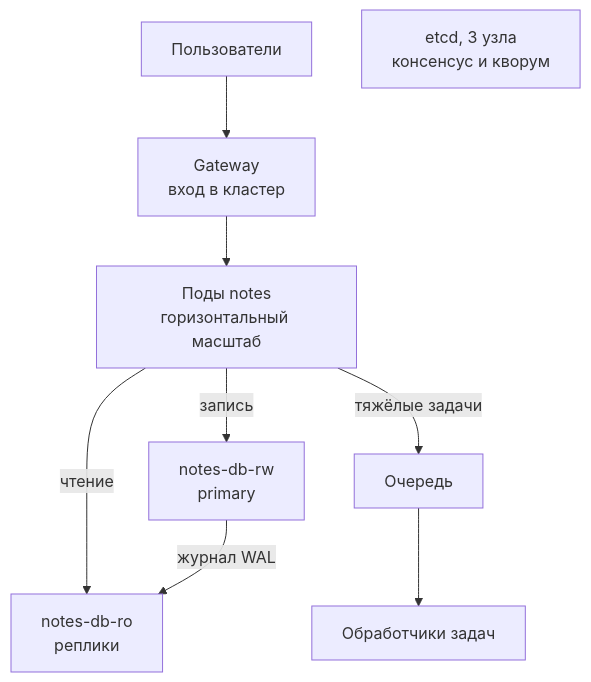
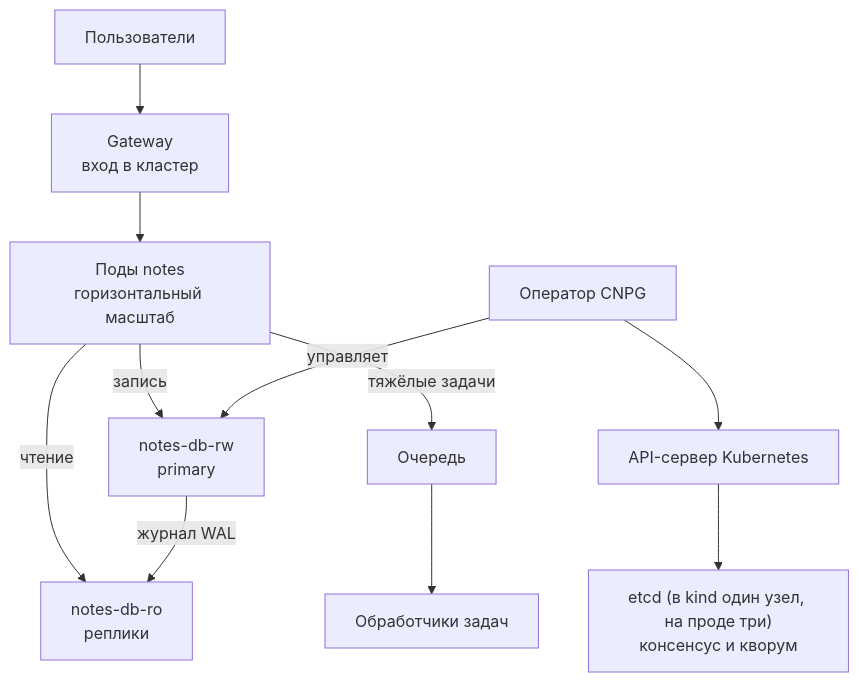
The first of 2 diagrams in devops/10-capstone/04-distributed-building-blocks.md (distinguished-sre/learning), drawn with Mermaid before and after one commit. The commit also changed other lines of this file and 462 other files, not shown here.

````diff
--- a/devops/10-capstone/04-distributed-building-blocks.md
+++ b/devops/10-capstone/04-distributed-building-blocks.md
@@ -48,11 +48,13 @@
 ```mermaid
 flowchart TD
     U["Пользователи"] --> G["Gateway<br>вход в кластер"]
     G --> P["Поды notes<br>горизонтальный масштаб"]
     P -->|запись| RW["notes-db-rw<br>primary"]
     P -->|чтение| RO["notes-db-ro<br>реплики"]
     RW -->|журнал WAL| RO
     P -->|тяжёлые задачи| Q["Очередь"]
     Q --> W["Обработчики задач"]
-    E["etcd, 3 узла<br>консенсус и кворум"]
+    OP["Оператор CNPG"] -->|управляет| RW
+    OP --> API["API-сервер Kubernetes"]
+    API --> E["etcd (в kind один узел, на проде три)<br>консенсус и кворум"]
 ```
````
